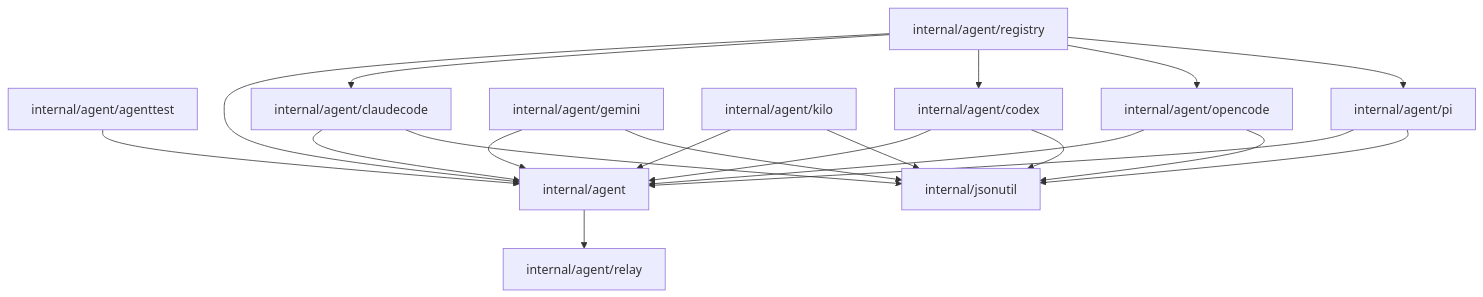
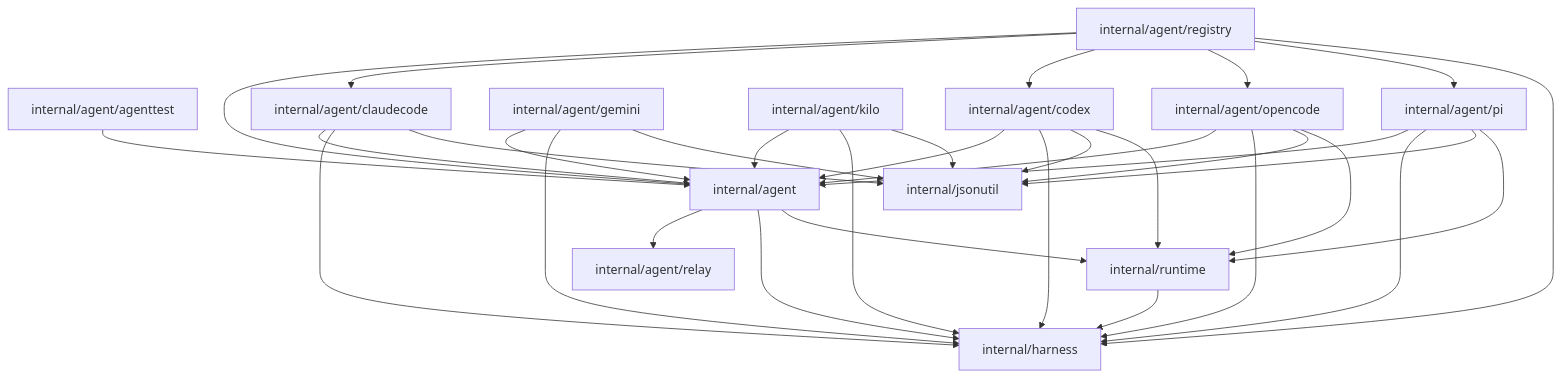
Before and after one commit to caic-xyz/caic: the second of 3 diagrams in backend/docs/ARCHITECTURE.md, drawn with Mermaid. The commit also changed other lines of this file and 53 other files, not shown here.

````diff
--- a/backend/docs/ARCHITECTURE.md
+++ b/backend/docs/ARCHITECTURE.md
@@ -172,34 +189,49 @@
 ```mermaid
 graph TD
   pkg_internal_agent["internal/agent"]
   pkg_internal_agent_agenttest["internal/agent/agenttest"]
   pkg_internal_agent_claudecode["internal/agent/claudecode"]
   pkg_internal_agent_codex["internal/agent/codex"]
   pkg_internal_agent_gemini["internal/agent/gemini"]
   pkg_internal_agent_kilo["internal/agent/kilo"]
   pkg_internal_agent_opencode["internal/agent/opencode"]
   pkg_internal_agent_pi["internal/agent/pi"]
   pkg_internal_agent_registry["internal/agent/registry"]
   pkg_internal_agent_relay["internal/agent/relay"]
+  pkg_internal_harness["internal/harness"]
   pkg_internal_jsonutil["internal/jsonutil"]
+  pkg_internal_runtime["internal/runtime"]
 
   pkg_internal_agent --> pkg_internal_agent_relay
+  pkg_internal_agent --> pkg_internal_harness
+  pkg_internal_agent --> pkg_internal_runtime
   pkg_internal_agent_agenttest --> pkg_internal_agent
   pkg_internal_agent_claudecode --> pkg_internal_agent
+  pkg_internal_agent_claudecode --> pkg_internal_harness
   pkg_internal_agent_claudecode --> pkg_internal_jsonutil
   pkg_internal_agent_codex --> pkg_internal_agent
+  pkg_internal_agent_codex --> pkg_internal_harness
   pkg_internal_agent_codex --> pkg_internal_jsonutil
+  pkg_internal_agent_codex --> pkg_internal_runtime
   pkg_internal_agent_gemini --> pkg_internal_agent
+  pkg_internal_agent_gemini --> pkg_internal_harness
   pkg_internal_agent_gemini --> pkg_internal_jsonutil
   pkg_internal_agent_kilo --> pkg_internal_agent
+  pkg_internal_agent_kilo --> pkg_internal_harness
   pkg_internal_agent_kilo --> pkg_internal_jsonutil
   pkg_internal_agent_opencode --> pkg_internal_agent
+  pkg_internal_agent_opencode --> pkg_internal_harness
   pkg_internal_agent_opencode --> pkg_internal_jsonutil
+  pkg_internal_agent_opencode --> pkg_internal_runtime
   pkg_internal_agent_pi --> pkg_internal_agent
+  pkg_internal_agent_pi --> pkg_internal_harness
   pkg_internal_agent_pi --> pkg_internal_jsonutil
+  pkg_internal_agent_pi --> pkg_internal_runtime
   pkg_internal_agent_registry --> pkg_internal_agent
   pkg_internal_agent_registry --> pkg_internal_agent_claudecode
   pkg_internal_agent_registry --> pkg_internal_agent_codex
   pkg_internal_agent_registry --> pkg_internal_agent_opencode
   pkg_internal_agent_registry --> pkg_internal_agent_pi
+  pkg_internal_agent_registry --> pkg_internal_harness
+  pkg_internal_runtime --> pkg_internal_harness
 ```
````
